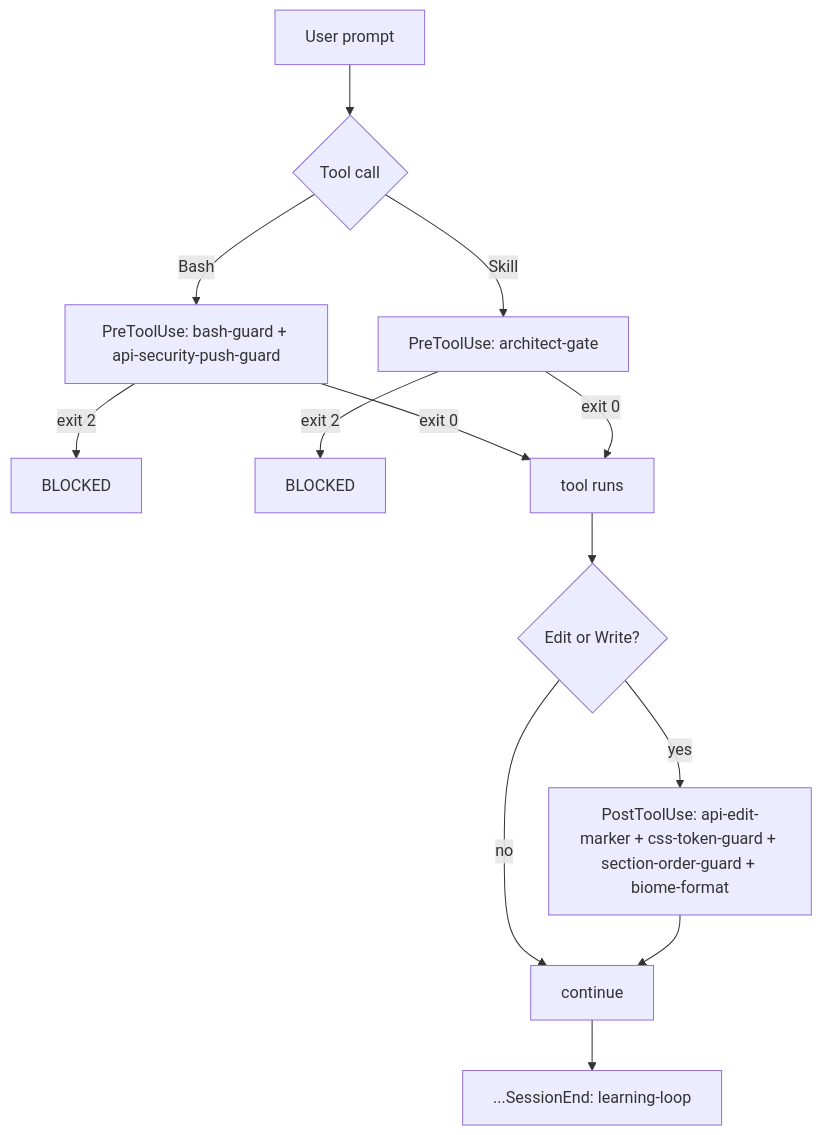
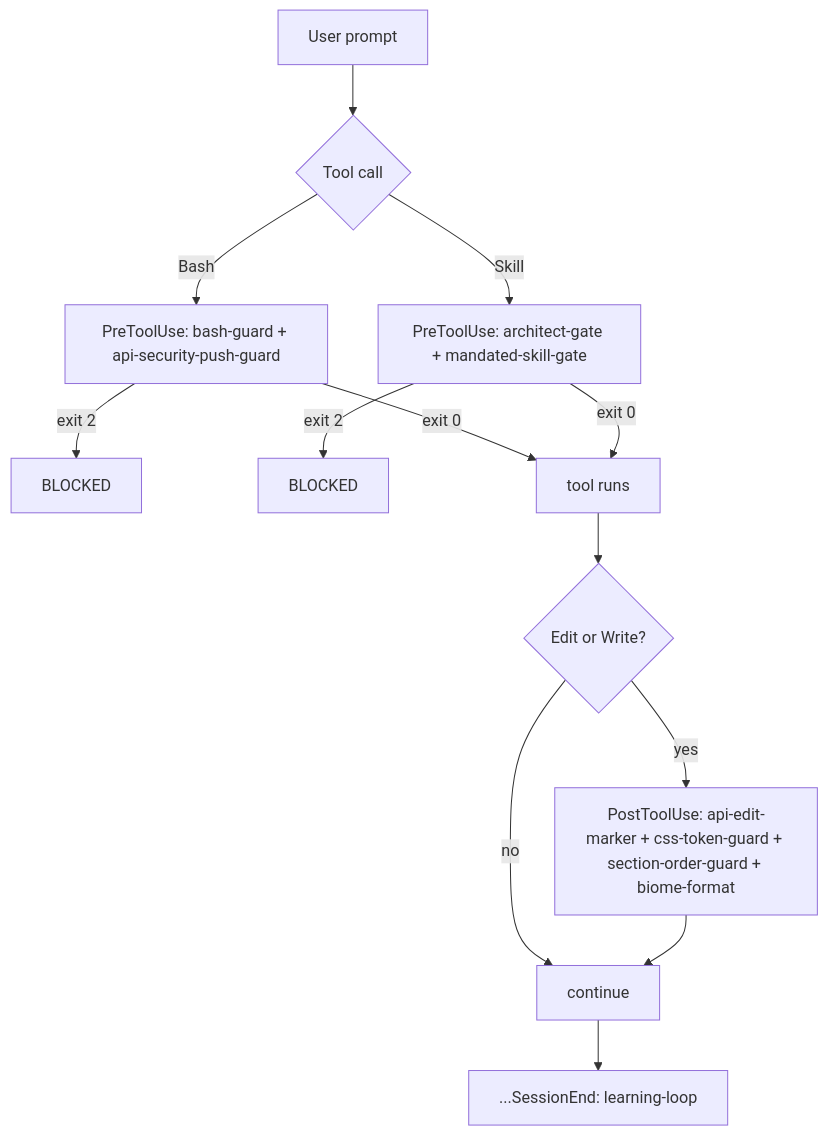
One commit to erikunha/portfolio changed the first of 3 diagrams in docs/handbook/agents-skills-hooks-mcp.md. Above: the diagram before and after it, drawn with Mermaid. The commit also changed other lines of this file and 42 other files, not shown here.

````diff
--- a/docs/handbook/agents-skills-hooks-mcp.md
+++ b/docs/handbook/agents-skills-hooks-mcp.md
@@ -45,15 +47,15 @@
 ```mermaid
 flowchart TD
     prompt["User prompt"] --> tooluse{Tool call}
     tooluse -->|Bash| pre1["PreToolUse: bash-guard + api-security-push-guard"]
-    tooluse -->|Skill| pre2["PreToolUse: architect-gate"]
+    tooluse -->|Skill| pre2["PreToolUse: architect-gate + mandated-skill-gate"]
     pre1 -->|exit 2| blocked1["BLOCKED"]
     pre2 -->|exit 2| blocked2["BLOCKED"]
     pre1 -->|exit 0| run["tool runs"]
     pre2 -->|exit 0| run
     run --> post{Edit or Write?}
     post -->|yes| post1["PostToolUse: api-edit-marker + css-token-guard + section-order-guard + biome-format"]
     post -->|no| done["continue"]
     post1 --> done
     done --> sessionend["...SessionEnd: learning-loop"]
 ```
````
